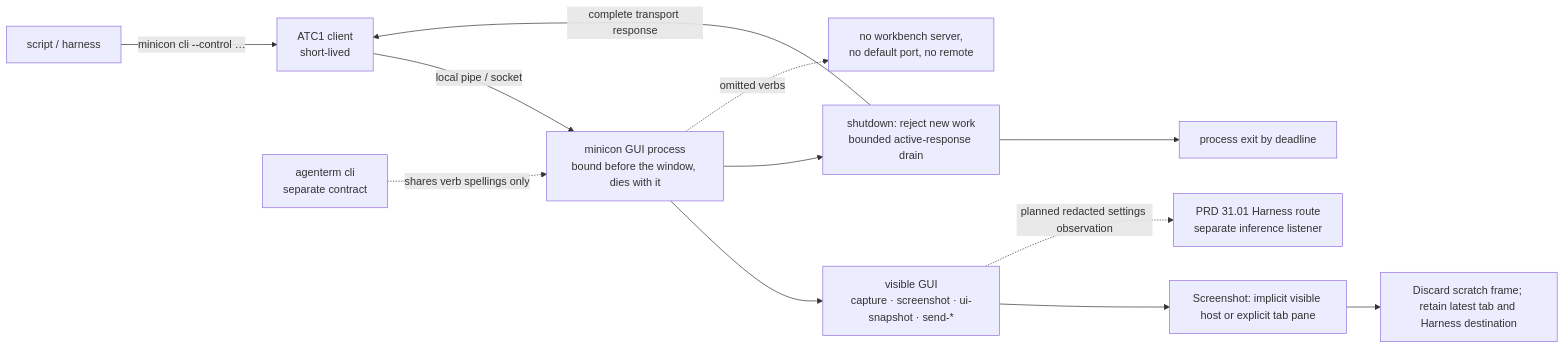
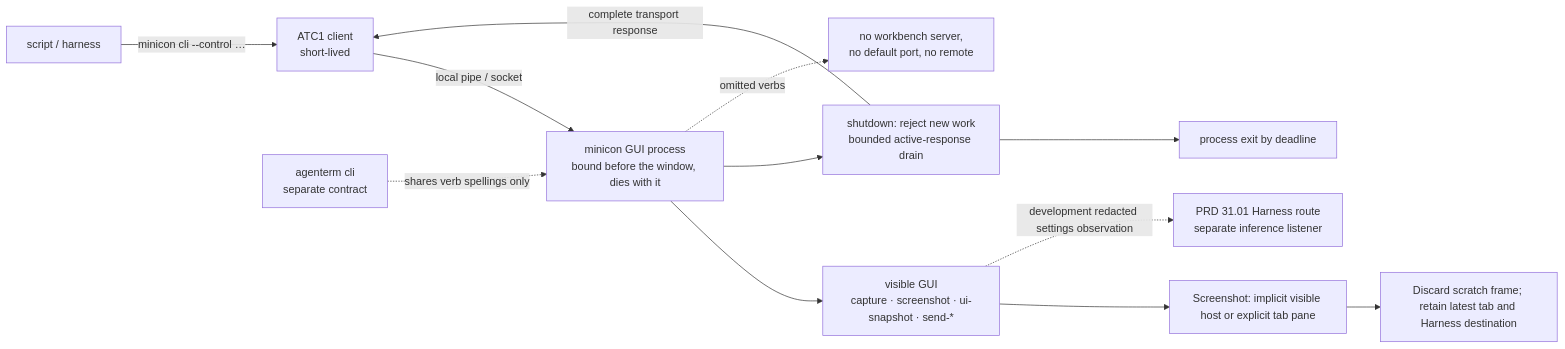
The diagram in prd/PRD_02_26_con_control_cli.md (partnernetsoftware/minicon), drawn with Mermaid before and after one commit. The commit also changed other lines of this file and 11 other files, not shown here.

````diff
--- a/prd/PRD_02_26_con_control_cli.md
+++ b/prd/PRD_02_26_con_control_cli.md
@@ -28,14 +28,14 @@
 ```mermaid
 flowchart LR
     S["script / harness"] -->|"minicon cli --control …"| C["ATC1 client<br/>short-lived"]
     C -->|local pipe / socket| H["minicon GUI process<br/>bound before the window, dies with it"]
     H --> V["visible GUI<br/>capture · screenshot · ui-snapshot · send-*"]
     V --> SH["Screenshot: implicit visible host or explicit tab pane"]
     SH --> RESTORE["Discard scratch frame; retain latest tab and Harness destination"]
-    V -. planned redacted settings observation .-> G["PRD 31.01 Harness route<br/>separate inference listener"]
+    V -. development redacted settings observation .-> G["PRD 31.01 Harness route<br/>separate inference listener"]
     H --> D["shutdown: reject new work<br/>bounded active-response drain"]
     D -->|"complete transport response"| C
     D --> E["process exit by deadline"]
     H -. omitted verbs .-> X["no workbench server,<br/>no default port, no remote"]
     AW["agenterm cli<br/>separate contract"] -. shares verb spellings only .-> H
 ```
````
